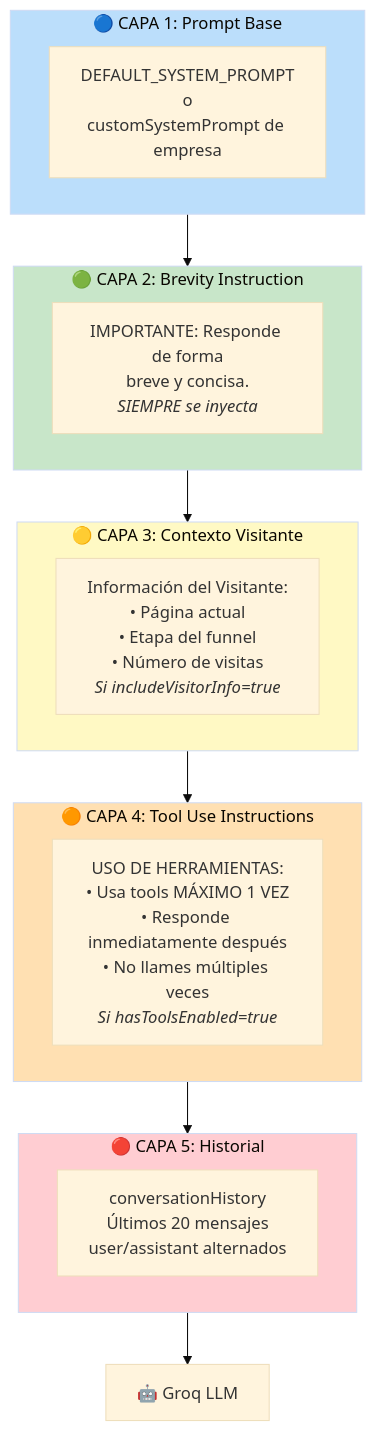
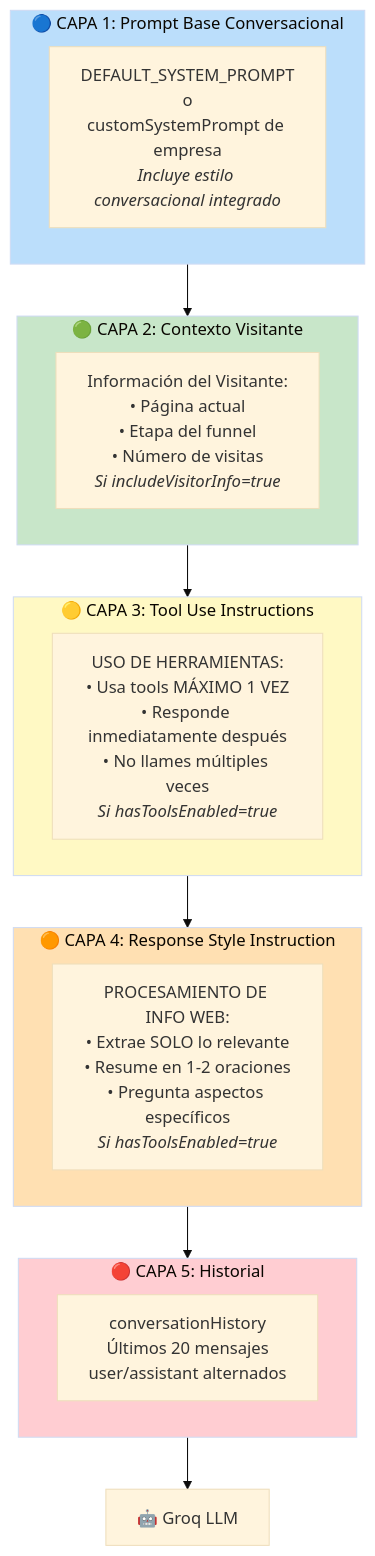
One commit to RogerPugaRuiz/guiders-backend changed the second of 5 diagrams in docs/llm-architecture.md. Above: the diagram before and after it, drawn with Mermaid (base theme). The commit also changed other lines of this file and 3 other files, not shown here.

````diff
--- a/docs/llm-architecture.md
+++ b/docs/llm-architecture.md
@@ -87,34 +87,34 @@
 ```mermaid
 flowchart TB
-    subgraph LAYER1["🔵 CAPA 1: Prompt Base"]
-        BASE["DEFAULT_SYSTEM_PROMPT<br/>o<br/>customSystemPrompt de empresa"]
+    subgraph LAYER1["🔵 CAPA 1: Prompt Base Conversacional"]
+        BASE["DEFAULT_SYSTEM_PROMPT<br/>o<br/>customSystemPrompt de empresa<br/><i>Incluye estilo conversacional integrado</i>"]
     end
 
-    subgraph LAYER2["🟢 CAPA 2: Brevity Instruction"]
-        BREVITY["IMPORTANTE: Responde de forma<br/>breve y concisa.<br/><i>SIEMPRE se inyecta</i>"]
-    end
-
-    subgraph LAYER3["🟡 CAPA 3: Contexto Visitante"]
+    subgraph LAYER2["🟢 CAPA 2: Contexto Visitante"]
         VISITOR["Información del Visitante:<br/>• Página actual<br/>• Etapa del funnel<br/>• Número de visitas<br/><i>Si includeVisitorInfo=true</i>"]
     end
 
-    subgraph LAYER4["🟠 CAPA 4: Tool Use Instructions"]
+    subgraph LAYER3["🟡 CAPA 3: Tool Use Instructions"]
         TOOLINST["USO DE HERRAMIENTAS:<br/>• Usa tools MÁXIMO 1 VEZ<br/>• Responde inmediatamente después<br/>• No llames múltiples veces<br/><i>Si hasToolsEnabled=true</i>"]
+    end
+
+    subgraph LAYER4["🟠 CAPA 4: Response Style Instruction"]
+        RESPONSE["PROCESAMIENTO DE INFO WEB:<br/>• Extrae SOLO lo relevante<br/>• Resume en 1-2 oraciones<br/>• Pregunta aspectos específicos<br/><i>Si hasToolsEnabled=true</i>"]
     end
 
     subgraph LAYER5["🔴 CAPA 5: Historial"]
         HISTORY["conversationHistory<br/>Últimos 20 mensajes<br/>user/assistant alternados"]
     end
 
     LAYER1 --> LAYER2
     LAYER2 --> LAYER3
     LAYER3 --> LAYER4
     LAYER4 --> LAYER5
     LAYER5 --> LLM["🤖 Groq LLM"]
 
     style LAYER1 fill:#bbdefb
     style LAYER2 fill:#c8e6c9
     style LAYER3 fill:#fff9c4
     style LAYER4 fill:#ffe0b2
     style LAYER5 fill:#ffcdd2
 ```
````
